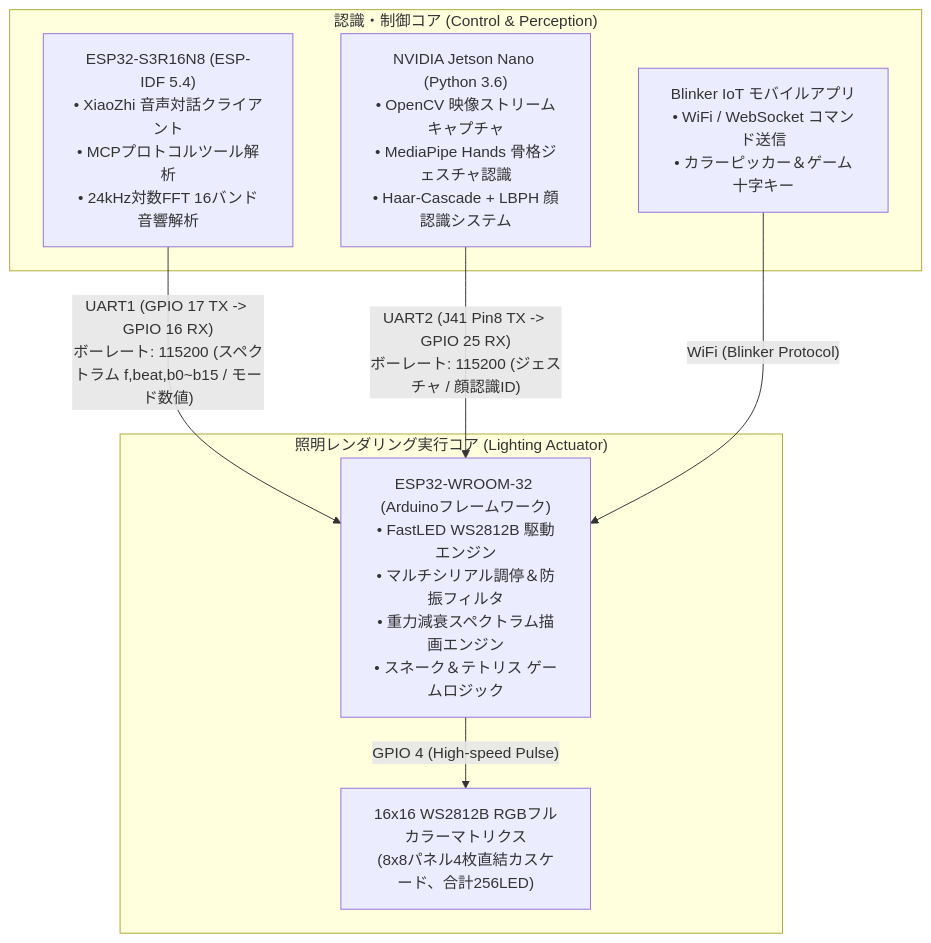
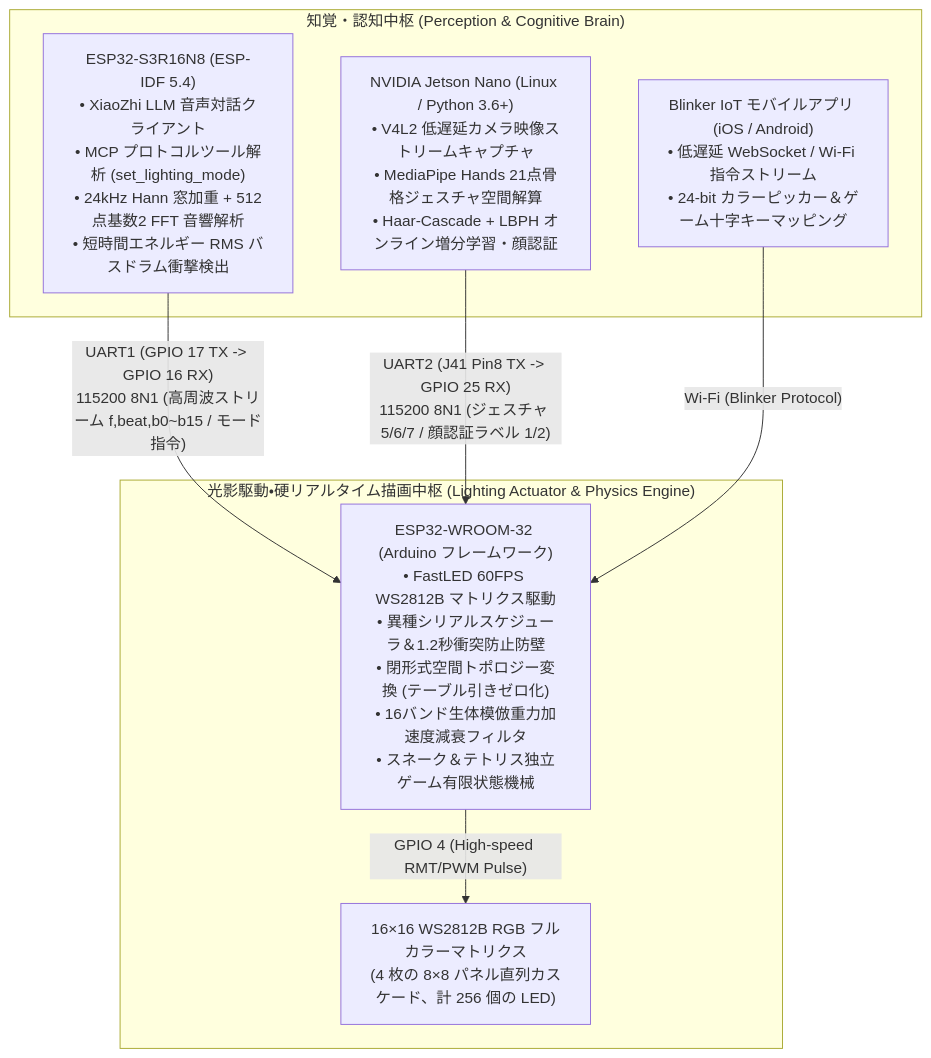
The first of 2 diagrams in README_JA.md (DongFengPo1412/Intelligent-Lighting-Control-System-Mid), drawn with Mermaid before and after one commit. The commit also changed other lines of this file and 7 other files, not shown here.

````diff
--- a/README_JA.md
+++ b/README_JA.md
@@ -34,18 +44,18 @@
 ```mermaid
 graph TD
-    subgraph "認識・制御コア (Control & Perception)"
-        S3["ESP32-S3R16N8 (ESP-IDF 5.4)<br>• XiaoZhi 音声対話クライアント<br>• MCPプロトコルツール解析<br>• 24kHz対数FFT 16バンド音響解析"]
-        JN["NVIDIA Jetson Nano (Python 3.6)<br>• OpenCV 映像ストリームキャプチャ<br>• MediaPipe Hands 骨格ジェスチャ認識<br>• Haar-Cascade + LBPH 顔認識システム"]
-        APP["Blinker IoT モバイルアプリ<br>• WiFi / WebSocket コマンド送信<br>• カラーピッカー＆ゲーム十字キー"]
+    subgraph "知覚・認知中枢 (Perception & Cognitive Brain)"
+        S3["ESP32-S3R16N8 (ESP-IDF 5.4)<br>• XiaoZhi LLM 音声対話クライアント<br>• MCP プロトコルツール解析 (set_lighting_mode)<br>• 24kHz Hann 窓加重 + 512点基数2 FFT 音響解析<br>• 短時間エネルギー RMS バスドラム衝撃検出"]
+        JN["NVIDIA Jetson Nano (Linux / Python 3.6+)<br>• V4L2 低遅延カメラ映像ストリームキャプチャ<br>• MediaPipe Hands 21点骨格ジェスチャ空間解算<br>• Haar-Cascade + LBPH オンライン増分学習・顔認証"]
+        APP["Blinker IoT モバイルアプリ (iOS / Android)<br>• 低遅延 WebSocket / Wi-Fi 指令ストリーム<br>• 24-bit カラーピッカー＆ゲーム十字キーマッピング"]
     end
 
-    subgraph "照明レンダリング実行コア (Lighting Actuator)"
-        WROOM["ESP32-WROOM-32 (Arduinoフレームワーク)<br>• FastLED WS2812B 駆動エンジン<br>• マルチシリアル調停＆防振フィルタ<br>• 重力減衰スペクトラム描画エンジン<br>• スネーク＆テトリス ゲームロジック"]
-        MATRIX["16x16 WS2812B RGBフルカラーマトリクス<br>(8x8パネル4枚直結カスケード、合計256LED)"]
+    subgraph "光影駆動・硬リアルタイム描画中枢 (Lighting Actuator & Physics Engine)"
+        WROOM["ESP32-WROOM-32 (Arduino フレームワーク)<br>• FastLED 60FPS WS2812B マトリクス駆動<br>• 異種シリアルスケジューラ＆1.2秒衝突防止防壁<br>• 閉形式空間トポロジー変換 (テーブル引きゼロ化)<br>• 16バンド生体模倣重力加速度減衰フィルタ<br>• スネーク＆テトリス独立ゲーム有限状態機械"]
+        MATRIX["16×16 WS2812B RGB フルカラーマトリクス<br>(4 枚の 8×8 パネル直列カスケード、計 256 個の LED)"]
     end
 
-    S3 -- "UART1 (GPIO 17 TX -> GPIO 16 RX)<br>ボーレート: 115200 (スペクトラム f,beat,b0~b15 / モード数値)" --> WROOM
-    JN -- "UART2 (J41 Pin8 TX -> GPIO 25 RX)<br>ボーレート: 115200 (ジェスチャ / 顔認識ID)" --> WROOM
-    APP -- "WiFi (Blinker Protocol)" --> WROOM
-    WROOM -- "GPIO 4 (High-speed Pulse)" --> MATRIX
+    S3 -- "UART1 (GPIO 17 TX -> GPIO 16 RX)<br>115200 8N1 (高周波ストリーム f,beat,b0~b15 / モード指令)" --> WROOM
+    JN -- "UART2 (J41 Pin8 TX -> GPIO 25 RX)<br>115200 8N1 (ジェスチャ 5/6/7 / 顔認証ラベル 1/2)" --> WROOM
+    APP -- "Wi-Fi (Blinker Protocol)" --> WROOM
+    WROOM -- "GPIO 4 (High-speed RMT/PWM Pulse)" --> MATRIX
 ```
````
